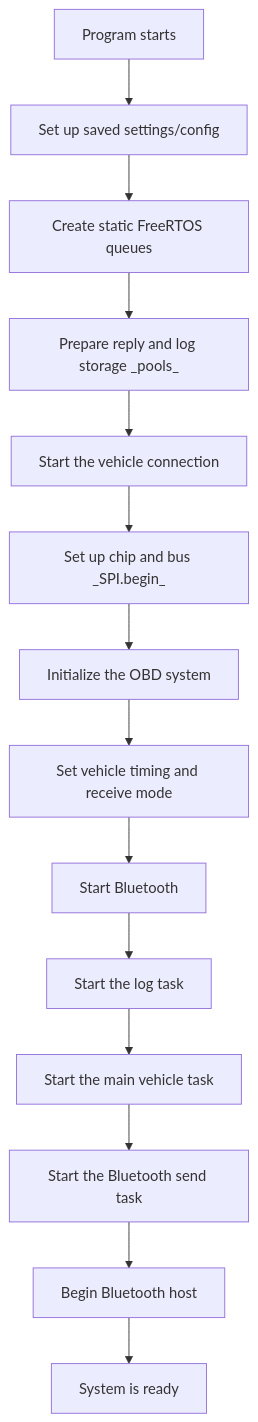
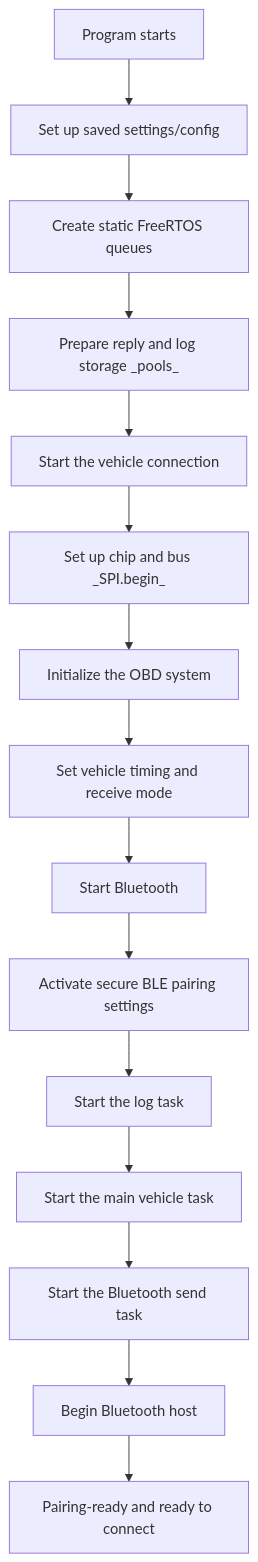
One commit to ASTI-ITS/ITS-test changed the second of 7 diagrams in OBD_BLE_FreeRTOS_C/flowchart_simple.md. Above: the diagram before and after it, drawn with Mermaid. The commit also changed other lines of this file and 6 other files, not shown here.

````diff
--- a/OBD_BLE_FreeRTOS_C/flowchart_simple.md
+++ b/OBD_BLE_FreeRTOS_C/flowchart_simple.md
@@ -40,16 +43,17 @@
 ```mermaid
 graph TD
     A[Program starts] --> B[Set up saved settings/config]
     B --> C[Create static FreeRTOS queues]
     C --> D[Prepare reply and log storage _pools_]
     D --> E[Start the vehicle connection]
     E --> F[Set up chip and bus _SPI.begin_]
     F --> G[Initialize the OBD system]
     G --> H[Set vehicle timing and receive mode]
     H --> I[Start Bluetooth]
-    I --> J[Start the log task]
-    J --> K[Start the main vehicle task]
-    K --> L[Start the Bluetooth send task]
-    L --> M[Begin Bluetooth host]
-    M --> N[System is ready]
+    I --> J[Activate secure BLE pairing settings]
+    J --> K[Start the log task]
+    K --> L[Start the main vehicle task]
+    L --> M[Start the Bluetooth send task]
+    M --> N[Begin Bluetooth host]
+    N --> O[Pairing-ready and ready to connect]
 ```
````
